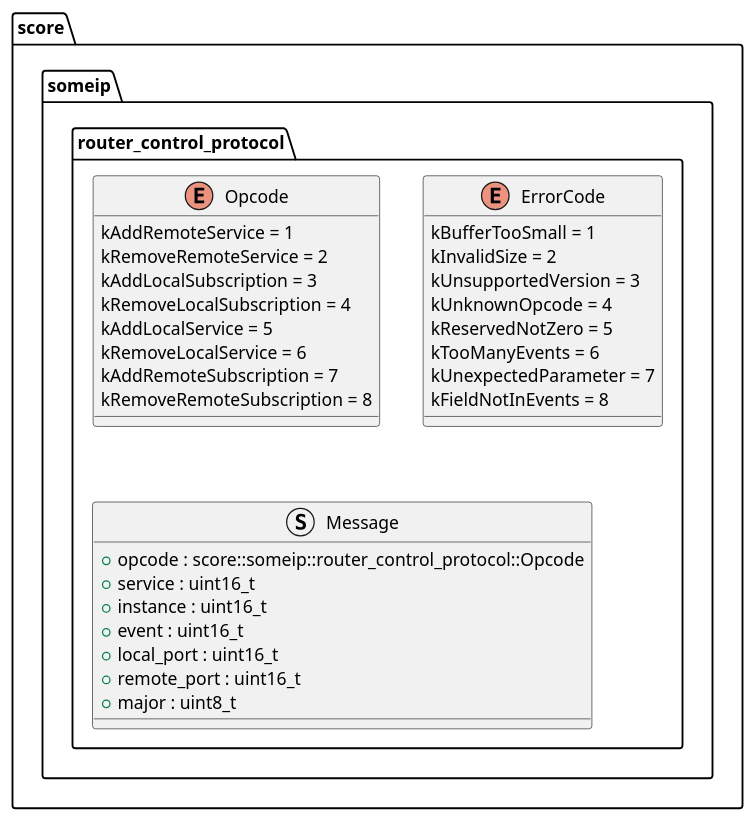
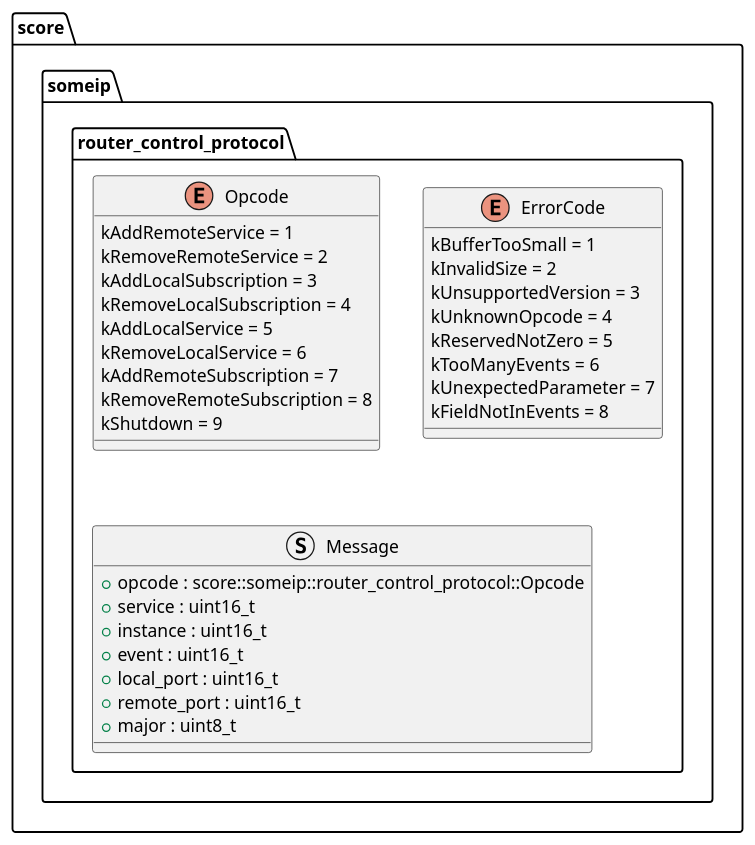
The diagram in score/someip/router_control_protocol/dependability/router_control_codec_class_diagram.puml (eclipse-score/communication), drawn with PlantUML before and after one commit. The commit also changed 6 other files, not shown here.

```diff
--- a/score/someip/router_control_protocol/dependability/router_control_codec_class_diagram.puml
+++ b/score/someip/router_control_protocol/dependability/router_control_codec_class_diagram.puml
@@ -14,39 +14,40 @@
 @startuml router_control_codec_class_diagram
 
 namespace score.someip.router_control_protocol {
 
     enum Opcode {
         kAddRemoteService = 1
         kRemoveRemoteService = 2
         kAddLocalSubscription = 3
         kRemoveLocalSubscription = 4
         kAddLocalService = 5
         kRemoveLocalService = 6
         kAddRemoteSubscription = 7
         kRemoveRemoteSubscription = 8
+        kShutdown = 9
     }
 
     enum ErrorCode {
         kBufferTooSmall = 1
         kInvalidSize = 2
         kUnsupportedVersion = 3
         kUnknownOpcode = 4
         kReservedNotZero = 5
         kTooManyEvents = 6
         kUnexpectedParameter = 7
         kFieldNotInEvents = 8
     }
 
     ' remote_ip, events and fields are omitted: score_tooling cannot match template-typed members yet.
     struct Message {
         + opcode : score::someip::router_control_protocol::Opcode
         + service : uint16_t
         + instance : uint16_t
         + event : uint16_t
         + local_port : uint16_t
         + remote_port : uint16_t
         + major : uint8_t
     }
 }
 
 @enduml
```
